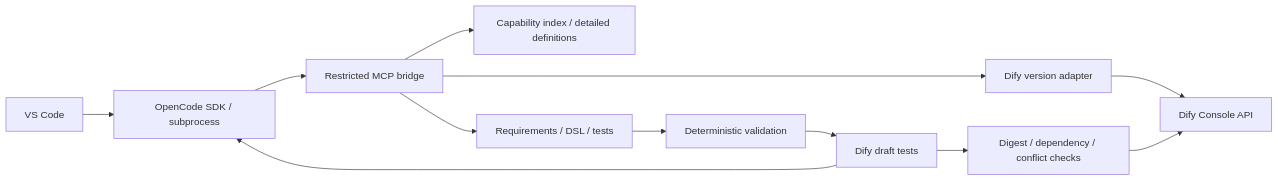
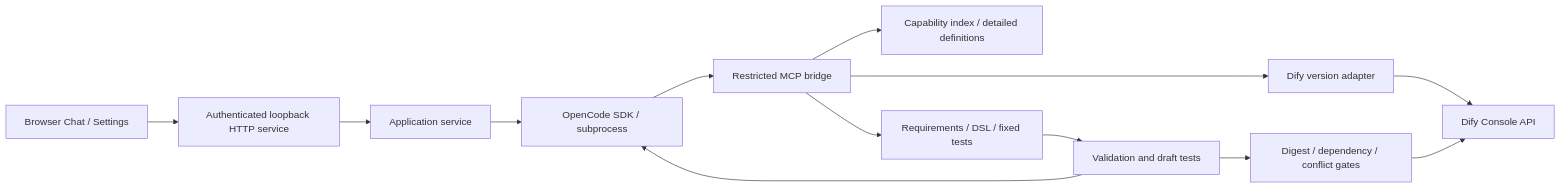
One commit to WeiBiran/aladdin-dify-copilot changed the diagram in docs/architecture.md. Above: the diagram before and after it, drawn with Mermaid. The commit also changed other lines of this file and 55 other files, not shown here.

Commit message:
feat: replace extension host with GitHub npx browser application

````diff
--- a/docs/architecture.md
+++ b/docs/architecture.md
@@ -7,14 +7,15 @@
 ```mermaid
 flowchart LR
-    UI[VS Code] --> E[OpenCode SDK / subprocess]
+    B[Browser Chat / Settings] --> W[Authenticated loopback HTTP service]
+    W --> S[Application service]
+    S --> E[OpenCode SDK / subprocess]
     E --> M[Restricted MCP bridge]
     M --> C[Capability index / detailed definitions]
     M --> A[Dify version adapter]
     A --> D[Dify Console API]
-    M --> P[Requirements / DSL / tests]
-    P --> V[Deterministic validation]
-    V --> T[Dify draft tests]
-    T --> E
-    T --> G[Digest / dependency / conflict checks]
+    M --> P[Requirements / DSL / fixed tests]
+    P --> V[Validation and draft tests]
+    V --> E
+    V --> G[Digest / dependency / conflict gates]
     G --> D
 ```
````
